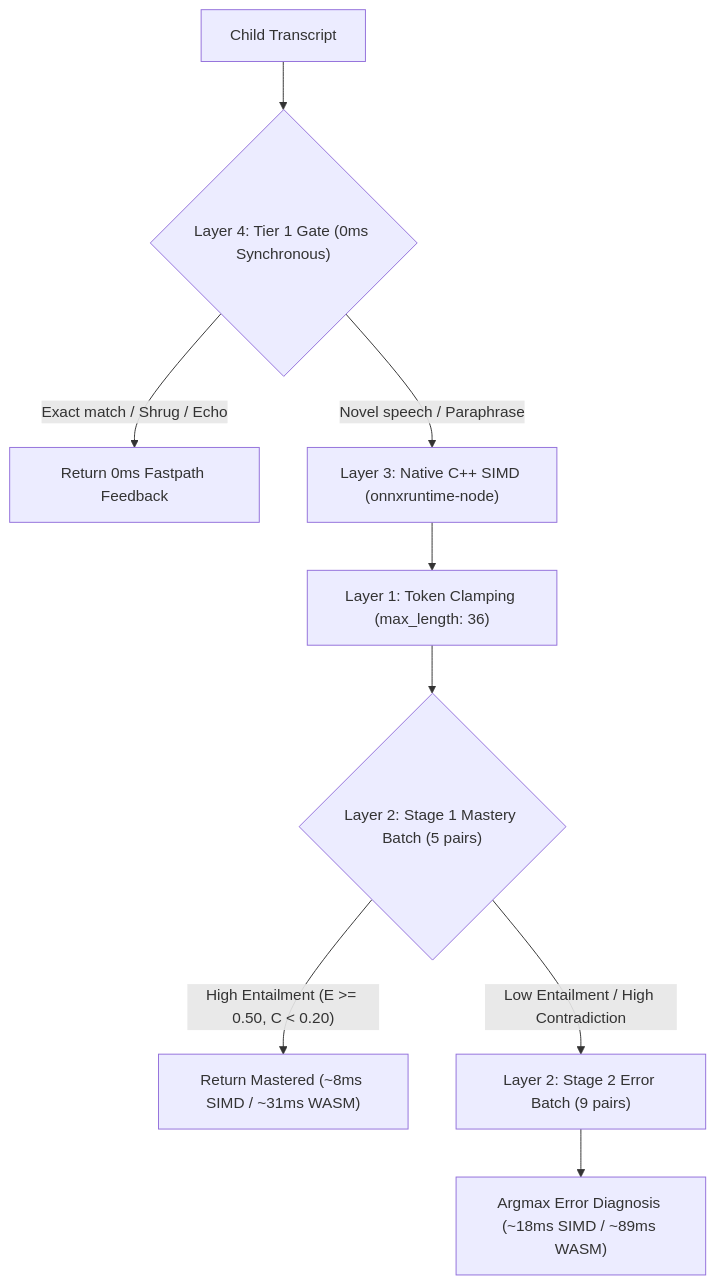
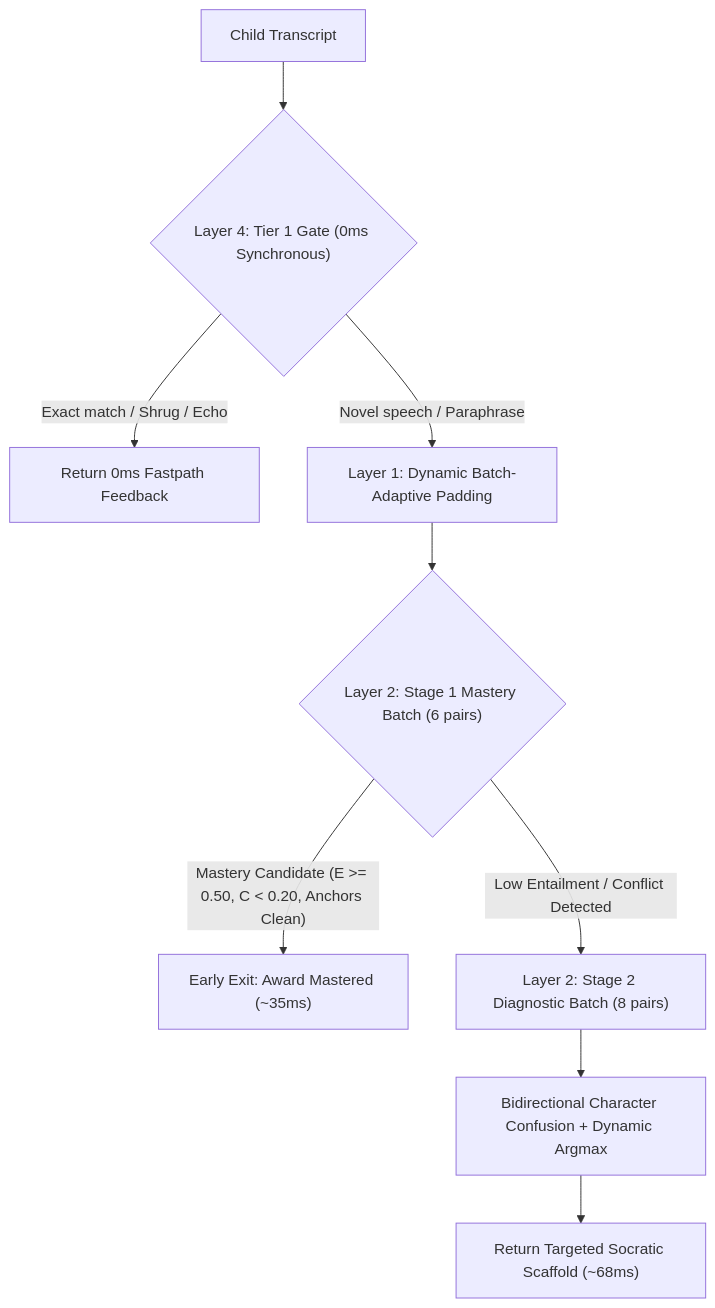
One commit to kentch2013/StoryReader changed the third of 3 diagrams in architecture.md. Above: the diagram before and after it, drawn with Mermaid. The commit also changed other lines of this file and 9 other files, not shown here.

````diff
--- a/architecture.md
+++ b/architecture.md
@@ -373,11 +373,11 @@
 ```mermaid
 flowchart TD
     A["Child Transcript"] --> B{"Layer 4: Tier 1 Gate (0ms Synchronous)"}
     B -- "Exact match / Shrug / Echo" --> C["Return 0ms Fastpath Feedback"]
-    B -- "Novel speech / Paraphrase" --> D["Layer 3: Native C++ SIMD (onnxruntime-node)"]
-    D --> E["Layer 1: Token Clamping (max_length: 36)"]
-    E --> F{"Layer 2: Stage 1 Mastery Batch (5 pairs)"}
-    F -- "High Entailment (E >= 0.50, C < 0.20)" --> G["Return Mastered (~8ms SIMD / ~31ms WASM)"]
-    F -- "Low Entailment / High Contradiction" --> H["Layer 2: Stage 2 Error Batch (9 pairs)"]
-    H --> I["Argmax Error Diagnosis (~18ms SIMD / ~89ms WASM)"]
+    B -- "Novel speech / Paraphrase" --> D["Layer 1: Dynamic Batch-Adaptive Padding"]
+    D --> E{"Layer 2: Stage 1 Mastery Batch (6 pairs)"}
+    E -- "Mastery Candidate (E >= 0.50, C < 0.20, Anchors Clean)" --> F["Early Exit: Award Mastered (~35ms)"]
+    E -- "Low Entailment / Conflict Detected" --> G["Layer 2: Stage 2 Diagnostic Batch (8 pairs)"]
+    G --> H["Bidirectional Character Confusion + Dynamic Argmax"]
+    H --> I["Return Targeted Socratic Scaffold (~68ms)"]
 ```
````
